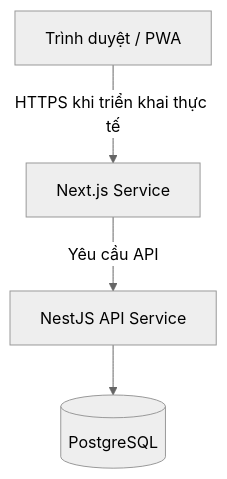
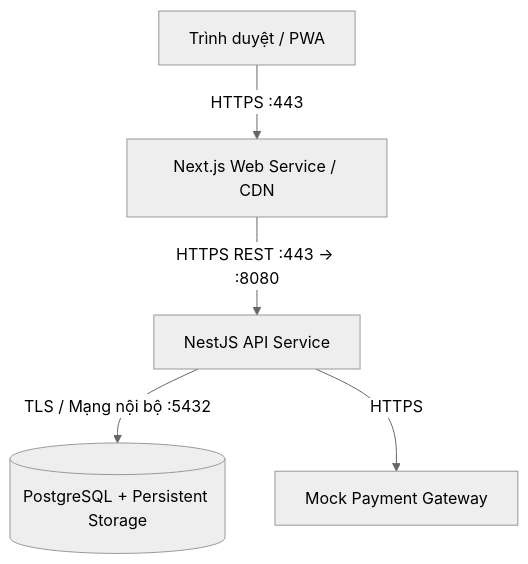
The second of 2 diagrams in Docs/architecture/README.md (dcpadangyu/SWE_Project), drawn with Mermaid (neutral theme) before and after one commit. The commit also changed other lines of this file and 13 other files, not shown here.

````diff
--- a/Docs/architecture/README.md
+++ b/Docs/architecture/README.md
@@ -41,6 +39,7 @@
 ```mermaid
 flowchart TB
-    Client[Trình duyệt / PWA] -->|HTTPS khi triển khai thực tế| FE[Next.js Service]
-    FE -->|Yêu cầu API| BE[NestJS API Service]
-    BE --> DB[(PostgreSQL)]
+    Client[Trình duyệt / PWA] -->|HTTPS :443| FE[Next.js Web Service / CDN]
+    FE -->|HTTPS REST :443 -> :8080| BE[NestJS API Service]
+    BE -->|TLS / Mạng nội bộ :5432| DB[(PostgreSQL + Persistent Storage)]
+    BE -->|HTTPS| Pay[Mock Payment Gateway]
 ```
````
